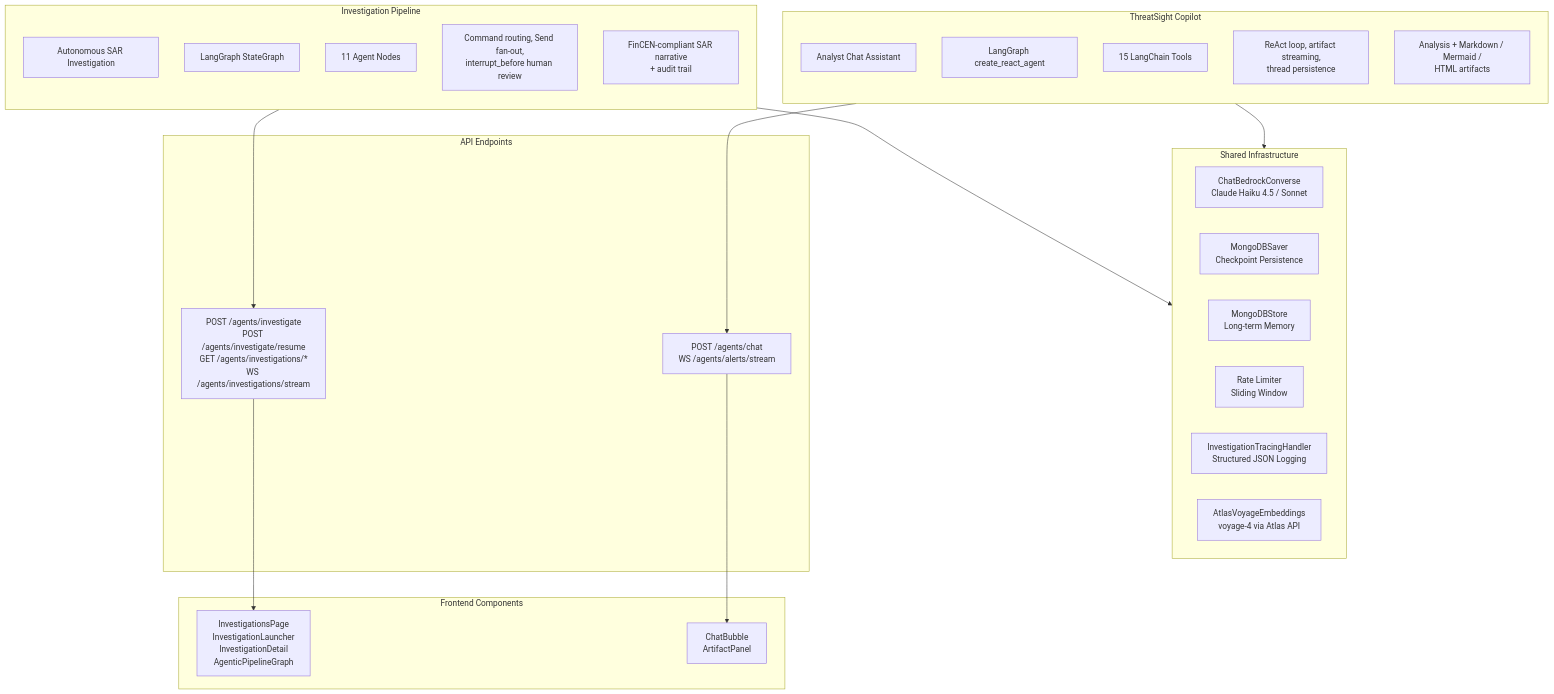
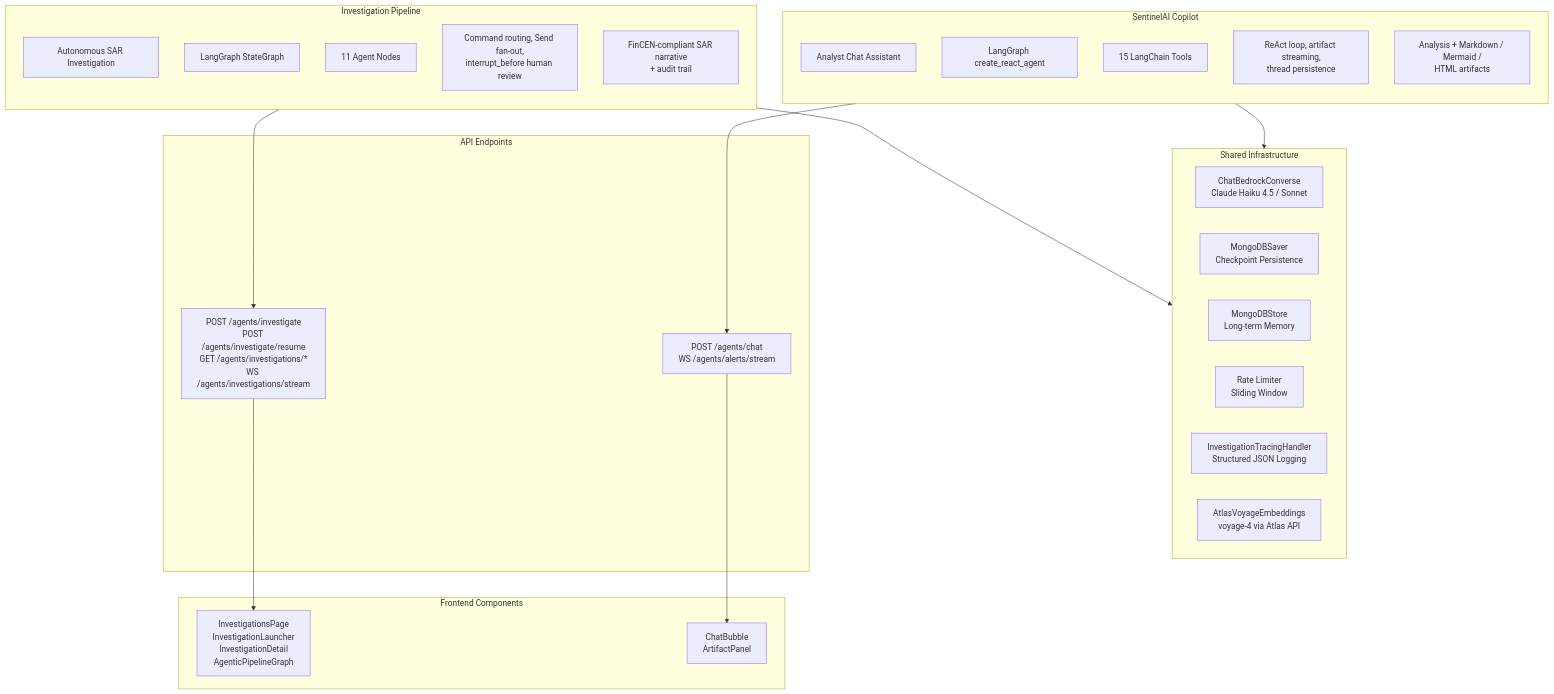
Before and after one commit to karthik-C0des/sentinel-ai-imp: the first of 4 diagrams in docs/AGENTIC_SYSTEM_OVERVIEW.md, drawn with Mermaid. The commit also changed other lines of this file and 143 other files, not shown here.

````diff
--- a/docs/AGENTIC_SYSTEM_OVERVIEW.md
+++ b/docs/AGENTIC_SYSTEM_OVERVIEW.md
@@ -21,48 +21,48 @@
 ```mermaid
 flowchart TB
     subgraph SharedInfra["Shared Infrastructure"]
         LLM["ChatBedrockConverse<br/>Claude Haiku 4.5 / Sonnet"]
         Saver["MongoDBSaver<br/>Checkpoint Persistence"]
         Store["MongoDBStore<br/>Long-term Memory"]
         RateLimit["Rate Limiter<br/>Sliding Window"]
         Tracing["InvestigationTracingHandler<br/>Structured JSON Logging"]
         Embeddings["AtlasVoyageEmbeddings<br/>voyage-4 via Atlas API"]
     end
 
     subgraph InvestigationPipeline["Investigation Pipeline"]
         direction TB
         IPDesc["Autonomous SAR Investigation"]
         IPType["LangGraph StateGraph"]
         IPNodes["11 Agent Nodes"]
         IPPatterns["Command routing, Send fan-out,<br/>interrupt_before human review"]
         IPOutput["FinCEN-compliant SAR narrative<br/>+ audit trail"]
     end
 
-    subgraph CopilotAgent["ThreatSight Copilot"]
+    subgraph CopilotAgent["SentinelAI Copilot"]
         direction TB
         CPDesc["Analyst Chat Assistant"]
         CPType["LangGraph create_react_agent"]
         CPTools["15 LangChain Tools"]
         CPPatterns["ReAct loop, artifact streaming,<br/>thread persistence"]
         CPOutput["Analysis + Markdown / Mermaid /<br/>HTML artifacts"]
     end
 
     subgraph Endpoints["API Endpoints"]
         InvAPI["POST /agents/investigate<br/>POST /agents/investigate/resume<br/>GET /agents/investigations/*<br/>WS /agents/investigations/stream"]
         ChatAPI["POST /agents/chat<br/>WS /agents/alerts/stream"]
     end
 
     subgraph Frontend["Frontend Components"]
         InvUI["InvestigationsPage<br/>InvestigationLauncher<br/>InvestigationDetail<br/>AgenticPipelineGraph"]
         ChatUI["ChatBubble<br/>ArtifactPanel"]
     end
 
     InvestigationPipeline --> SharedInfra
     CopilotAgent --> SharedInfra
 
     InvestigationPipeline --> InvAPI
     CopilotAgent --> ChatAPI
 
     InvAPI --> InvUI
     ChatAPI --> ChatUI
 ```
````
